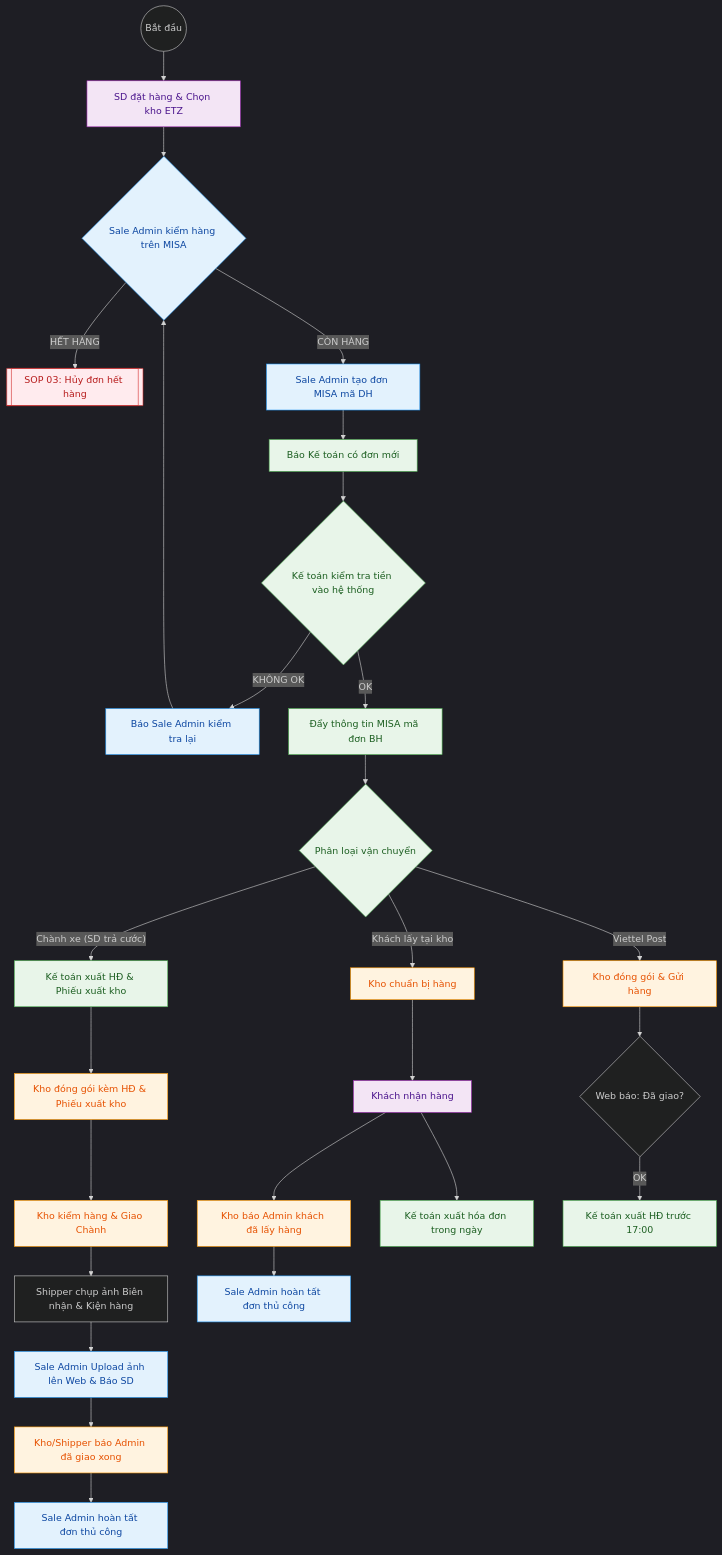
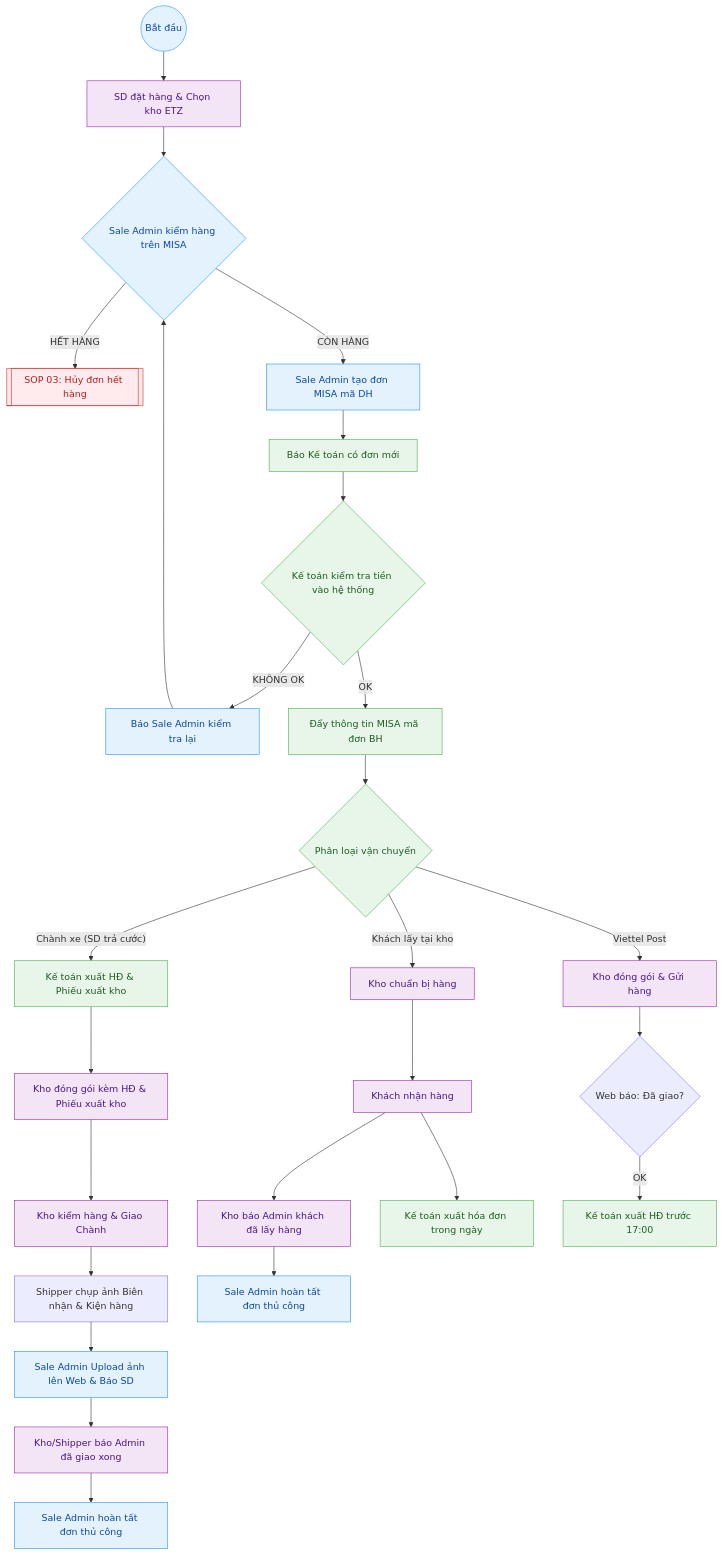
Before and after one commit to babaduoc/digitalgarden: the diagram in src/site/notes/01_TONG_QUAN_LY_DU_AN/2_PHONG_VAN_HANH/SOP_2_Xu_Ly_Don_Hang_Chuan.md, drawn with Mermaid. The commit also changed other lines of this file and 2 other files, not shown here.

Commit message:
Published multiple files

````diff
--- a/src/site/notes/01_TONG_QUAN_LY_DU_AN/2_PHONG_VAN_HANH/SOP_2_Xu_Ly_Don_Hang_Chuan.md
+++ b/src/site/notes/01_TONG_QUAN_LY_DU_AN/2_PHONG_VAN_HANH/SOP_2_Xu_Ly_Don_Hang_Chuan.md
@@ -22,56 +23,54 @@
 ```mermaid
-%%{init: {'theme': 'dark', 'themeVariables': { 'background': 'transparent'}}}%%
 graph TD
-    %% Định nghĩa màu tương phản cao %%
+    %% Định nghĩa màu tương phản cao (Classic Style) %%
     classDef sd fill:#F3E5F5,stroke:#9C27B0,color:#4A148C;
     classDef sale_admin fill:#E3F2FD,stroke:#2196F3,color:#0D47A1;
     classDef acc fill:#E8F5E9,stroke:#4CAF50,color:#1B5E20;
     classDef wh fill:#FFF3E0,stroke:#FF9800,color:#E65100;
     classDef error fill:#FFEBEE,stroke:#D32F2F,color:#B71C1C;
 
     Start((Bắt đầu)) --> SD_Order[SD đặt hàng & Chọn kho ETZ]
     
     %% Vai trò Sale Admin %%
     SD_Order --> SaleAdmin_Check{Sale Admin kiểm hàng trên MISA}
     
     SaleAdmin_Check -- "HẾT HÀNG" --> OutOfStock[["SOP 03: Hủy đơn hết hàng"]]
     click OutOfStock "/01-tong-quan-ly-du-an/2-phong-van-hanh/sop-3-huy-don-het-hang/"
     SaleAdmin_Check -- "CÒN HÀNG" --> SaleAdmin_DH[Sale Admin tạo đơn MISA mã DH]
     SaleAdmin_DH --> Acc_Notify[Báo Kế toán có đơn mới]
 
     %% Vai trò Kế toán %%
     Acc_Notify --> Acc_CheckMoney{Kế toán kiểm tra tiền vào hệ thống}
     
     Acc_CheckMoney -- "KHÔNG OK" --> Acc_Reject[Báo Sale Admin kiểm tra lại]
     Acc_Reject --> SaleAdmin_Check
     
     Acc_CheckMoney -- "OK" --> Acc_BH[Đẩy thông tin MISA mã đơn BH]
     Acc_BH --> Ship_Type{Phân loại vận chuyển}
 
     %% Nhánh Chành xe %%
     Ship_Type -- "Chành xe (SD trả cước)" --> Acc_Inv_1[Kế toán xuất HĐ & Phiếu xuất kho]
     Acc_Inv_1 --> WH_Pack_1[Kho đóng gói kèm HĐ & Phiếu xuất kho]
     WH_Pack_1 --> WH_Check[Kho kiểm hàng & Giao Chành]
     WH_Check --> WH_Photo[Shipper chụp ảnh Biên nhận & Kiện hàng]
     WH_Photo --> Admin_Upload[Sale Admin Upload ảnh lên Web & Báo SD]
     Admin_Upload --> WH_Confirm[Kho/Shipper báo Admin đã giao xong]
     WH_Confirm --> Admin_Finish_1[Sale Admin hoàn tất đơn thủ công]
 
     %% Nhánh Tại kho %%
-    Ship_Type -- Khách lấy tại kho --> WH_Pack_2[Kho chuẩn bị hàng]
+    Ship_Type -- "Khách lấy tại kho" --> WH_Pack_2[Kho chuẩn bị hàng]
     WH_Pack_2 --> SD_Pick[Khách nhận hàng]
     SD_Pick --> WH_Confirm_2[Kho báo Admin khách đã lấy hàng]
     WH_Confirm_2 --> Admin_Finish_2[Sale Admin hoàn tất đơn thủ công]
     SD_Pick --> Acc_Inv_2[Kế toán xuất hóa đơn trong ngày]
 
     %% Nhánh Viettel Post %%
-    Ship_Type -- Viettel Post --> WH_Pack_3[Kho đóng gói & Gửi hàng]
+    Ship_Type -- "Viettel Post" --> WH_Pack_3[Kho đóng gói & Gửi hàng]
     WH_Pack_3 --> API_Delivered{Web báo: Đã giao?}
     API_Delivered -- OK --> Acc_Inv_3[Kế toán xuất HĐ trước 17:00]
 
-    class SD_Order,SD_Pick sd;
-    class SaleAdmin_Check,SaleAdmin_DH,Acc_Reject,Admin_Upload,Admin_Finish_1,Admin_Finish_2 sale_admin;
-    class Acc_CheckMoney,Acc_Notify,Acc_BH,Acc_Inv_1,Acc_Inv_2,Acc_Inv_3,Ship_Type,Acc_CheckMoney acc;
-    class WH_Pack_1,WH_Pack_2,WH_Pack_3,WH_Check,WH_Confirm,WH_Confirm_2 wh;
+    class SD_Order,SD_Pick,WH_Pack_1,WH_Pack_2,WH_Pack_3,WH_Check,WH_Confirm,WH_Confirm_2 sd;
+    class Start,SaleAdmin_Check,SaleAdmin_DH,Acc_Reject,Admin_Upload,Admin_Finish_1,Admin_Finish_2 sale_admin;
+    class Acc_Notify,Acc_CheckMoney,Acc_BH,Ship_Type,Acc_Inv_1,Acc_Inv_2,Acc_Inv_3 acc;
     class OutOfStock error;
 ```
````
